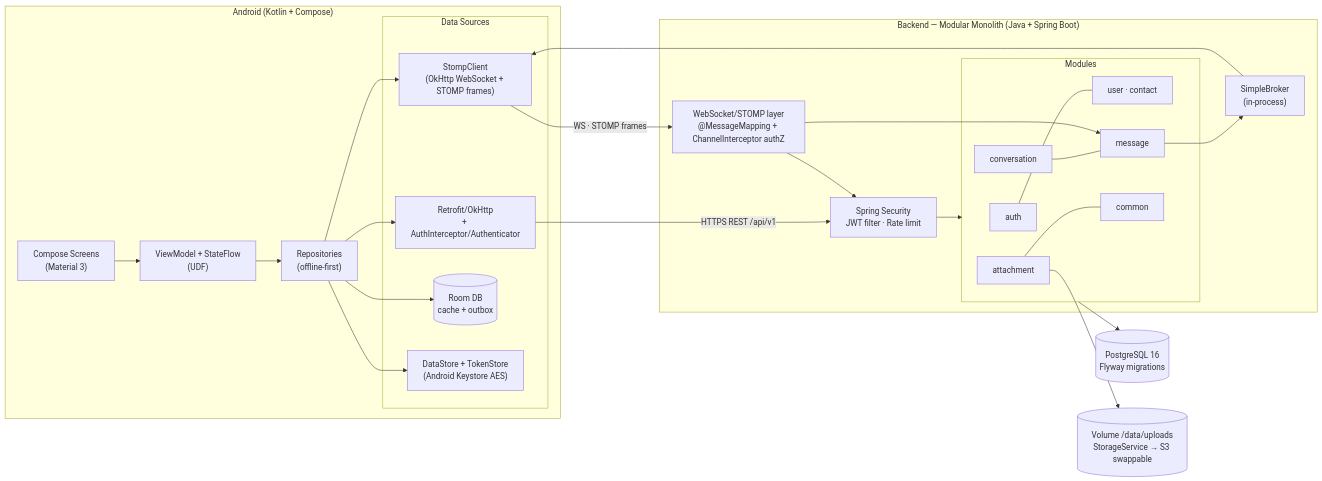
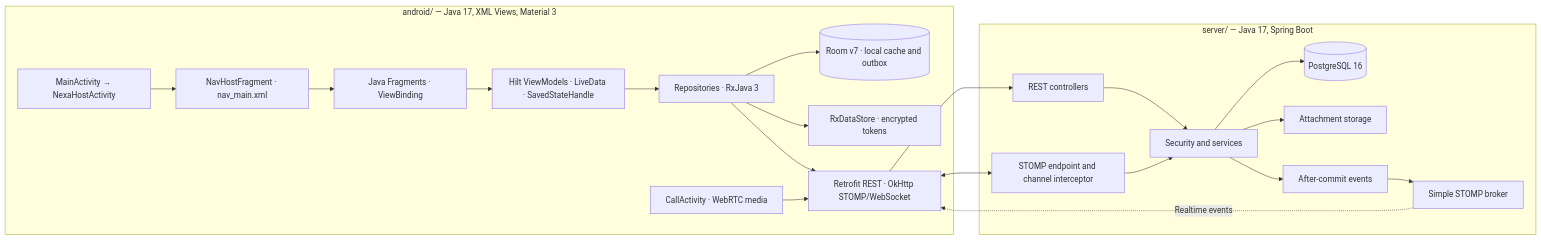
The diagram in docs/report.md (JasonTM17/Nexachat_AppJ), drawn with Mermaid before and after one commit. The commit also changed other lines of this file and 3 other files, not shown here.

Commit message:
docs(report): sync report, viva Q&A, and docx generator to 100% pure-Java Android architecture

````diff
--- a/docs/report.md
+++ b/docs/report.md
@@ -187,39 +77,23 @@
 ```mermaid
 flowchart LR
-    subgraph Device["Android (Kotlin + Compose)"]
-        UI["Compose Screens<br/>(Material 3)"]
-        VM["ViewModel + StateFlow<br/>(UDF)"]
-        REPO["Repositories<br/>(offline-first)"]
-        subgraph DS["Data Sources"]
-            REST["Retrofit/OkHttp<br/>+ AuthInterceptor/Authenticator"]
-            STOMP["StompClient<br/>(OkHttp WebSocket + STOMP frames)"]
-            ROOM[("Room DB<br/>cache + outbox")]
-            STORE["DataStore + TokenStore<br/>(Android Keystore AES)"]
-        end
-        UI --> VM --> REPO
-        REPO --> REST & STOMP & ROOM & STORE
+    subgraph Android["android/ — Java 17, XML Views, Material 3"]
+        ACT["MainActivity → NexaHostActivity"] --> NAV["NavHostFragment · nav_main.xml"]
+        NAV --> FRAG["Java Fragments · ViewBinding"]
+        FRAG --> VM["Hilt ViewModels · LiveData · SavedStateHandle"]
+        VM --> REPO["Repositories · RxJava 3"]
+        REPO --> ROOM[("Room v7 · local cache and outbox")]
+        REPO --> TOKEN["RxDataStore · encrypted tokens"]
+        REPO --> NET["Retrofit REST · OkHttp STOMP/WebSocket"]
+        CALL["CallActivity · WebRTC media"] --> NET
     end
-
-    subgraph Server["Backend — Modular Monolith (Java + Spring Boot)"]
-        SEC["Spring Security<br/>JWT filter · Rate limit"]
-        subgraph Mod["Modules"]
-            AUTH["auth"] --- USER["user · contact"]
-            CONV["conversation"] --- MSG["message"]
-            ATT["attachment"] --- COMMON["common"]
-        end
-        WS["WebSocket/STOMP layer<br/>@MessageMapping + ChannelInterceptor authZ"]
-        BROKER["SimpleBroker<br/>(in-process)"]
+    subgraph Server["server/ — Java 17, Spring Boot"]
+        REST["REST controllers"] --> AUTH["Security and services"]
+        WS["STOMP endpoint and channel interceptor"] --> AUTH
+        AUTH --> PG[("PostgreSQL 16")]
+        AUTH --> FILES["Attachment storage"]
+        AUTH --> EVT["After-commit events"] --> BROKER["Simple STOMP broker"]
     end
-
-    PG[("PostgreSQL 16<br/>Flyway migrations")]
-    VOL[("Volume /data/uploads<br/>StorageService → S3 swappable")]
-
-    REST -- "HTTPS REST /api/v1" --> SEC
-    STOMP -- "WS · STOMP frames" --> WS
-    SEC --> Mod
-    WS --> SEC
-    WS --> MSG
-    MSG --> BROKER --> STOMP
-    Mod --> PG
-    ATT --> VOL
+    NET --> REST
+    NET <--> WS
+    BROKER -. "Realtime events" .-> NET
 ```
````
